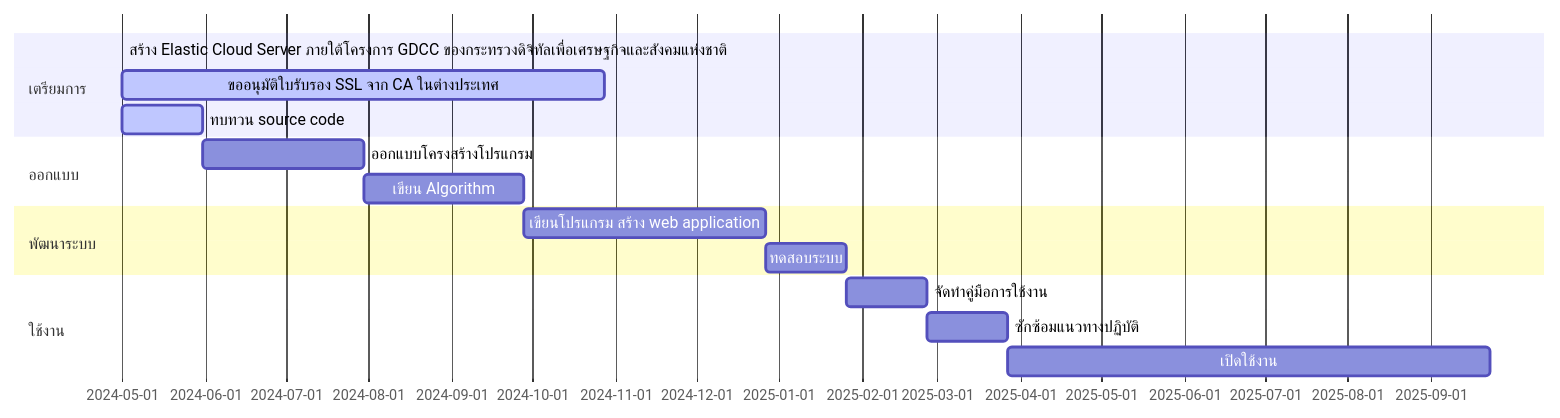
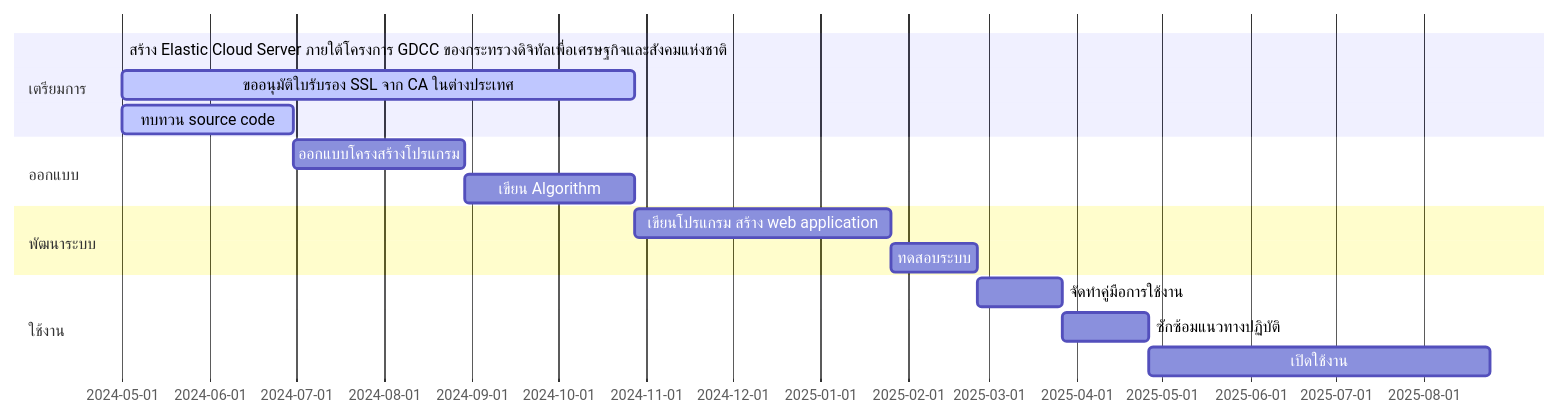
Before and after one commit to Kietpawpan/e-tracking: the first of 2 diagrams in README.md, drawn with Mermaid.

````diff
--- a/README.md
+++ b/README.md
@@ -10,19 +10,19 @@
 ```mermaid
 gantt
     section เตรียมการ
     สร้าง Elastic Cloud Server ภายใต้โครงการ GDCC ของกระทรวงดิจิทัลเพื่อเศรษฐกิจและสังคมแห่งชาติ :done,    des1, 2024-05-01,2024-05-30
     ขออนุมัติใบรับรอง SSL จาก CA ในต่างประเทศ        :active, des2, after des1, 180d
-    ทบทวน source code  :   active, des3, after des1, 30d
+    ทบทวน source code  :   active, des3, after des1, 60d
     section ออกแบบ
     ออกแบบโครงสร้างโปรแกรม  :         des4, after des3, 60d
     เขียน Algorithm:   des5, after des4, 60d
     section พัฒนาระบบ
     เขียนโปรแกรม สร้าง web application  :  des6, after des5, 90d
     ทดสอบระบบ:des7, after des6, 30d
    section ใช้งาน
     จัดทำคู่มือการใช้งาน   :         des8, after des7, 30d
     ซักซ้อมแนวทางปฏิบัติ   :         des9, after des8, 30d
-      เปิดใช้งาน: des10, after des9, 180d
+      เปิดใช้งาน: des10, after des9, 120d
 
 
 ```
````
